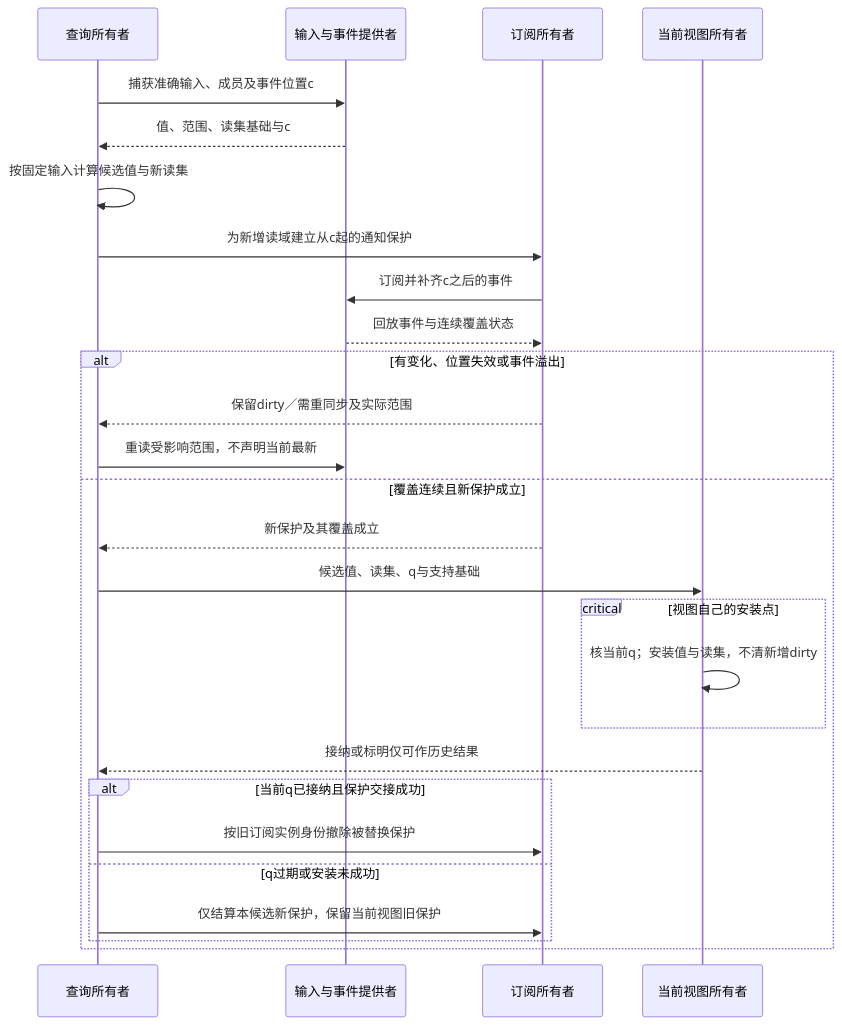
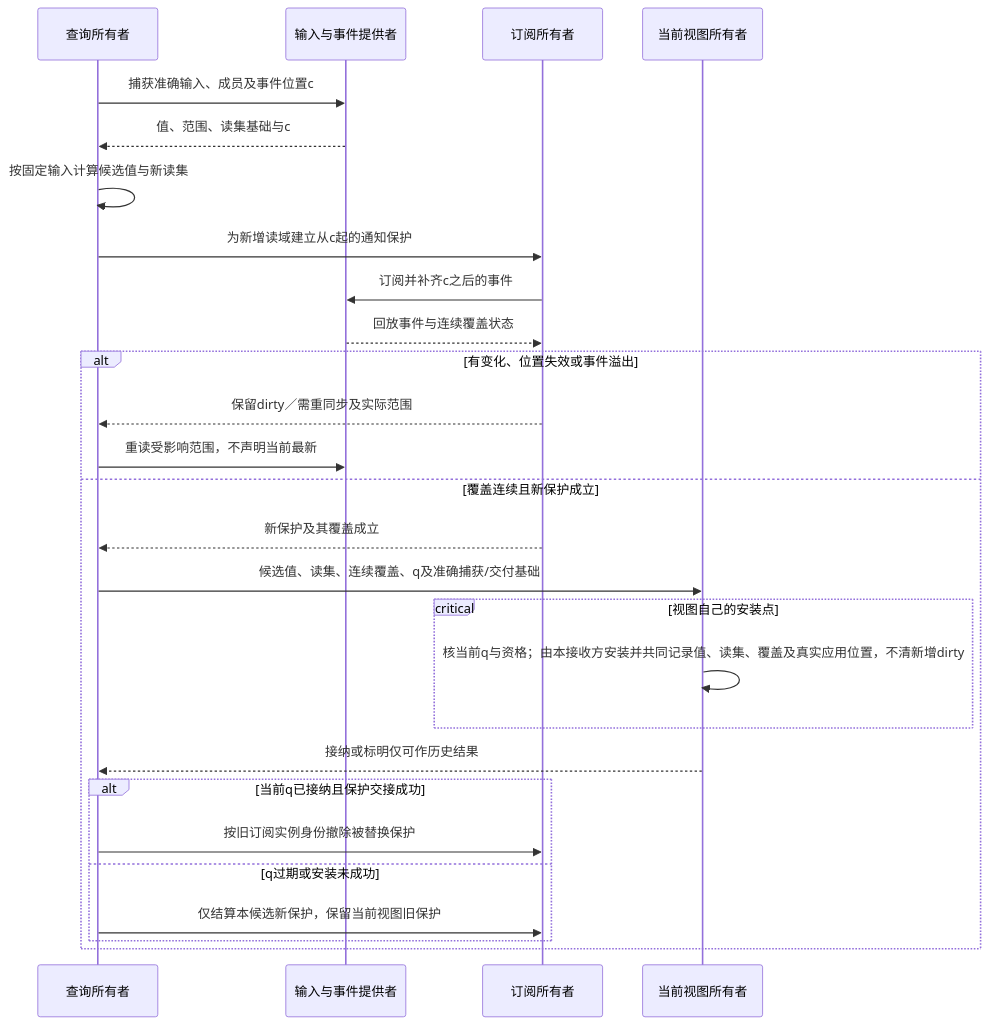
The eighth of 8 diagrams in docs/编译/查询增量与性能.md (sec-platform/sec), drawn with Mermaid before and after one commit. The commit also changed other lines of this file and 171 other files, not shown here.

````diff
--- a/docs/编译/查询增量与性能.md
+++ b/docs/编译/查询增量与性能.md
@@ -1010,29 +958,29 @@
 ```mermaid
 sequenceDiagram
  participant Q as 查询所有者
  participant P as 输入与事件提供者
  participant S as 订阅所有者
  participant V as 当前视图所有者
  Q->>P: 捕获准确输入、成员及事件位置c
  P-->>Q: 值、范围、读集基础与c
  Q->>Q: 按固定输入计算候选值与新读集
  Q->>S: 为新增读域建立从c起的通知保护
  S->>P: 订阅并补齐c之后的事件
  P-->>S: 回放事件与连续覆盖状态
  alt 有变化、位置失效或事件溢出
   S-->>Q: 保留dirty／需重同步及实际范围
   Q->>P: 重读受影响范围，不声明当前最新
  else 覆盖连续且新保护成立
   S-->>Q: 新保护及其覆盖成立
-  Q->>V: 候选值、读集、q与支持基础
+  Q->>V: 候选值、读集、连续覆盖、q及准确捕获/交付基础
   critical 视图自己的安装点
-   V->>V: 核当前q；安装值与读集，不清新增dirty
+   V->>V: 核当前q与资格；由本接收方安装并共同记录值、读集、覆盖及真实应用位置，不清新增dirty
   end
   V-->>Q: 接纳或标明仅可作历史结果
   alt 当前q已接纳且保护交接成功
    Q->>S: 按旧订阅实例身份撤除被替换保护
   else q过期或安装未成功
    Q->>S: 仅结算本候选新保护，保留当前视图旧保护
   end
  end
 ```
````
